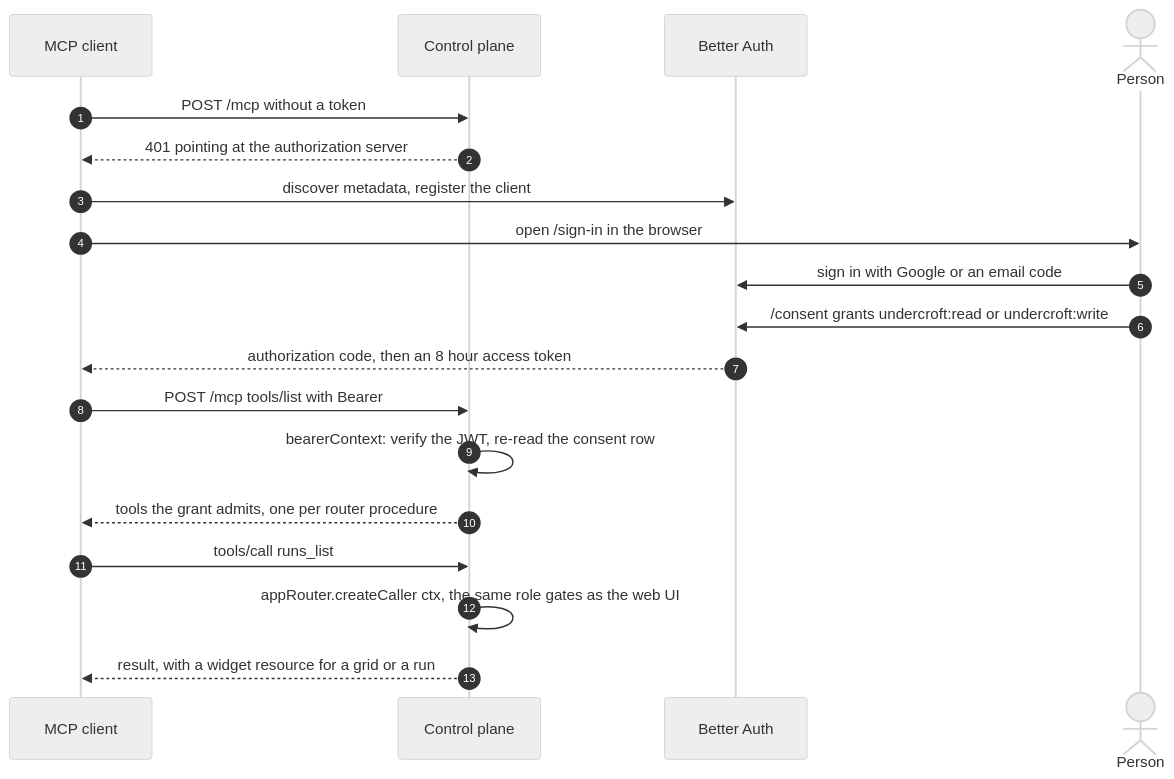
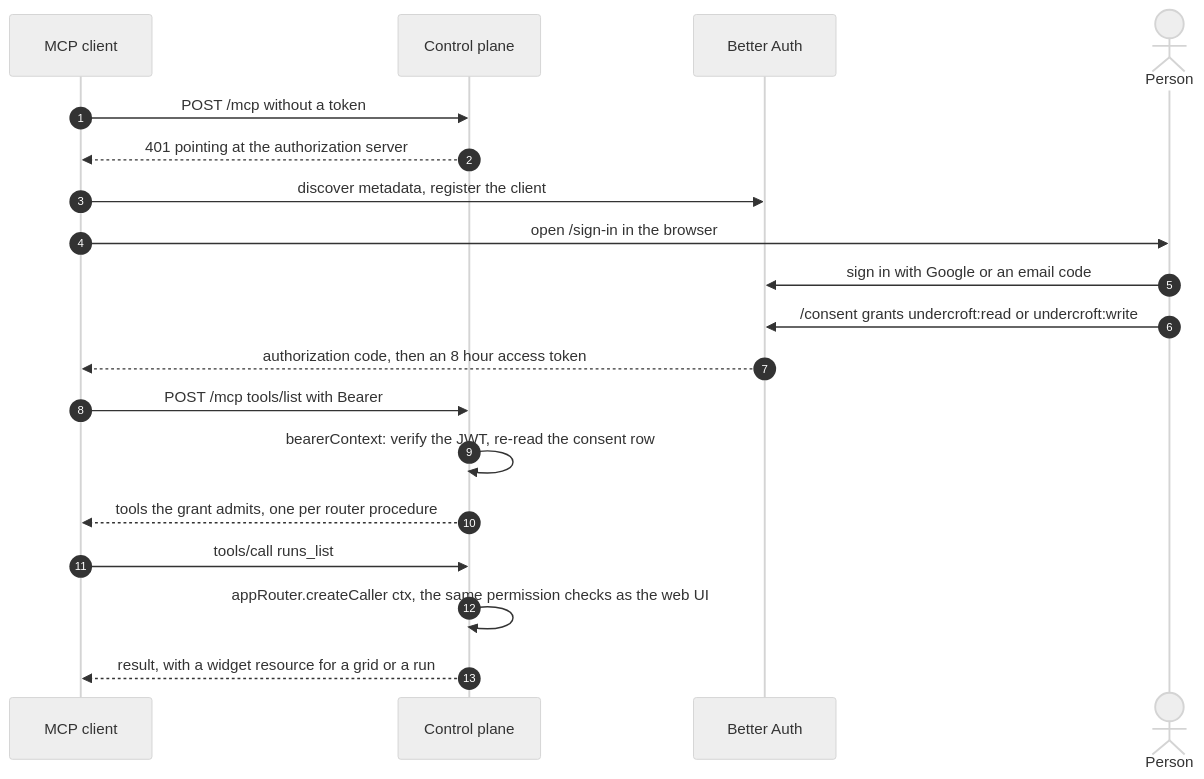
Diagram 12 of 15 in docs/architecture.md (muitneliss/undercroft), drawn with Mermaid (neutral theme) before and after one commit. The commit also changed other lines of this file and 137 other files, not shown here.

````diff
--- a/docs/architecture.md
+++ b/docs/architecture.md
@@ -633,22 +634,22 @@
 ```mermaid
 sequenceDiagram
     autonumber
     participant C as MCP client
     participant CP as Control plane
     participant BA as Better Auth
     actor P as Person
 
     C->>CP: POST /mcp without a token
     CP-->>C: 401 pointing at the authorization server
     C->>BA: discover metadata, register the client
     C->>P: open /sign-in in the browser
     P->>BA: sign in with Google or an email code
     P->>BA: /consent grants undercroft:read or undercroft:write
     BA-->>C: authorization code, then an 8 hour access token
     C->>CP: POST /mcp tools/list with Bearer
     CP->>CP: bearerContext: verify the JWT, re-read the consent row
     CP-->>C: tools the grant admits, one per router procedure
     C->>CP: tools/call runs_list
-    CP->>CP: appRouter.createCaller ctx, the same role gates as the web UI
+    CP->>CP: appRouter.createCaller ctx, the same permission checks as the web UI
     CP-->>C: result, with a widget resource for a grid or a run
 ```
````
